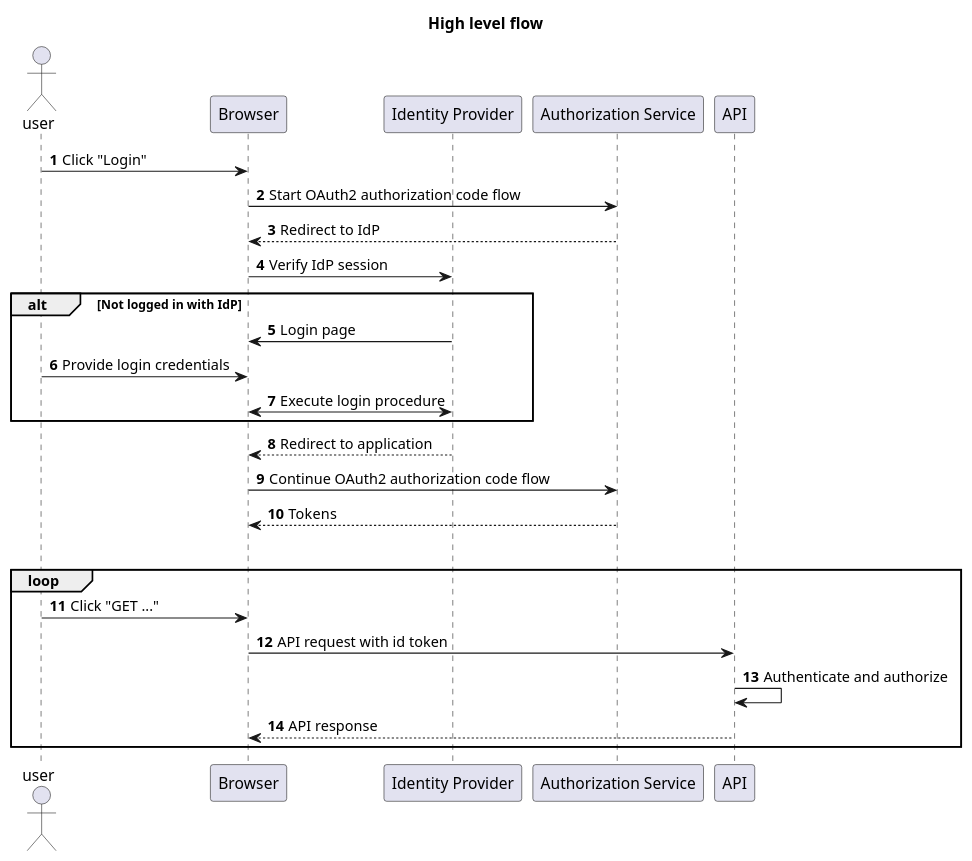
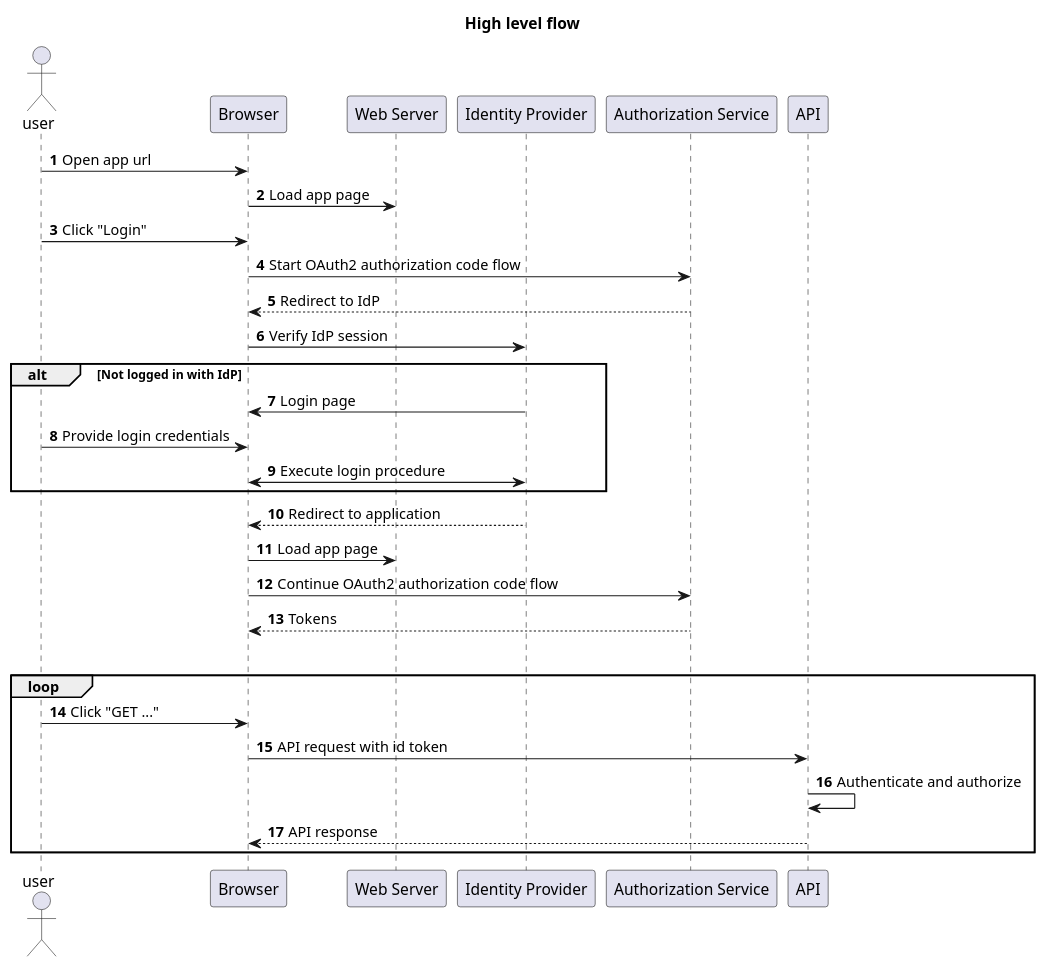
One commit to sinch-contact-pro/api-consumer-demo changed the diagram in doc/diagrams.md. Above: the diagram before and after it, drawn with PlantUML. The commit also changed 1 other file, not shown here.

Commit message:
Update flow diagram

````diff
--- a/doc/diagrams.md
+++ b/doc/diagrams.md
@@ -1,37 +1,42 @@
 ```plantuml
 @startuml high-level-flow
 title High level flow
 
 autonumber
 actor user
 participant "Browser" as browser
+participant "Web Server" as site
 participant "Identity Provider" as idp
 participant "Authorization Service" as authsrv
 participant "API" as api
+
+user -> browser : Open app url
+browser -> site : Load app page
 
 user -> browser : Click "Login"
 
 browser -> authsrv : Start OAuth2 authorization code flow
 authsrv --> browser : Redirect to IdP
 browser -> idp : Verify IdP session
 
 alt Not logged in with IdP
 	idp -> browser : Login page
 	user -> browser : Provide login credentials
 	idp <-> browser : Execute login procedure
 end
 
 idp --> browser : Redirect to application
+browser -> site : Load app page
 browser -> authsrv : Continue OAuth2 authorization code flow
 authsrv --> browser : Tokens
 |||
 
 loop
 	user -> browser : Click "GET ..."
 	browser -> api : API request with id token
 	api -> api : Authenticate and authorize
 	api --> browser : API response
 end
 
 @enduml
 ```
````
